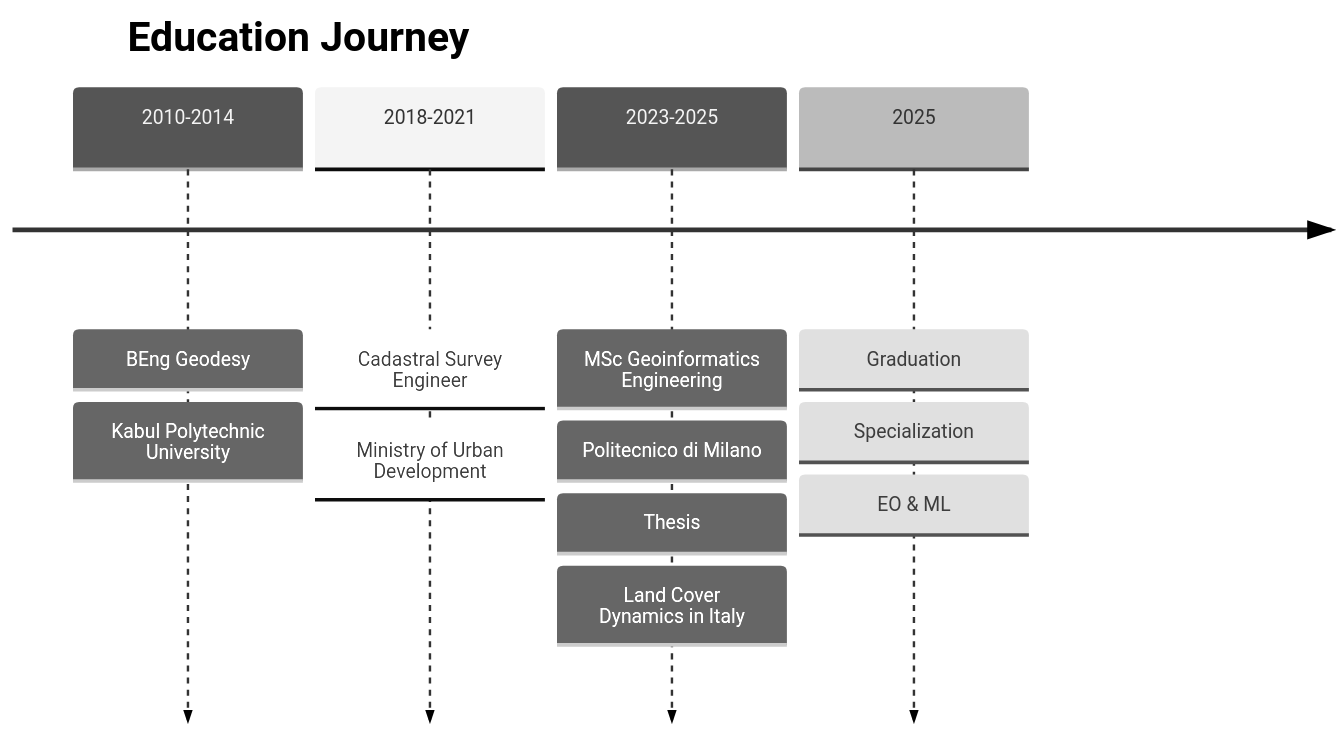
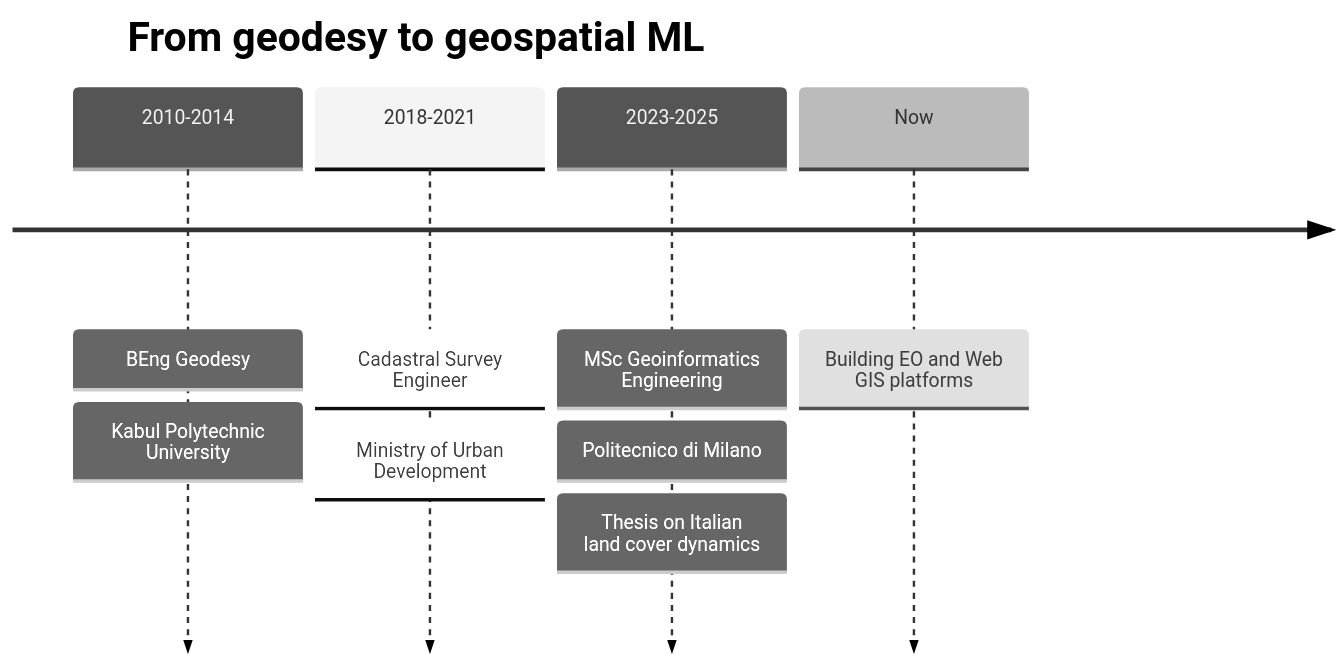
The second of 2 diagrams in README.md (zafariabbas68/zafariabbas68), drawn with Mermaid (neutral theme) before and after one commit. The commit also changed other lines of this file, not shown here.

````diff
--- a/README.md
+++ b/README.md
@@ -295,13 +191,9 @@
 ```mermaid
 timeline
-    title Education Journey
-    2010-2014 : BEng Geodesy
-              : Kabul Polytechnic University
-    2018-2021 : Cadastral Survey Engineer
-              : Ministry of Urban Development
-    2023-2025 : MSc Geoinformatics Engineering
-              : Politecnico di Milano
-              : Thesis: Land Cover Dynamics in Italy
-    2025      : Graduation
-              : Specialization: EO & ML
+    title From geodesy to geospatial ML
+    2010-2014 : BEng Geodesy : Kabul Polytechnic University
+    2018-2021 : Cadastral Survey Engineer : Ministry of Urban Development
+    2023-2025 : MSc Geoinformatics Engineering : Politecnico di Milano
+              : Thesis on Italian land cover dynamics
+    Now       : Building EO and Web GIS platforms
 ```
````
